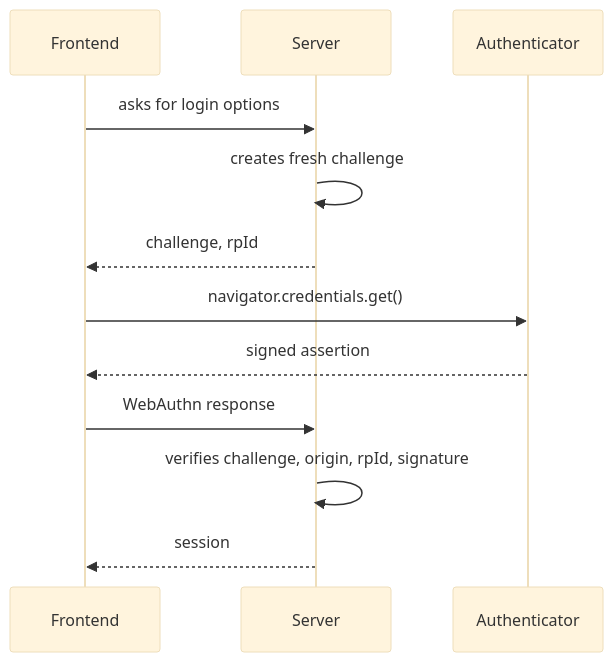
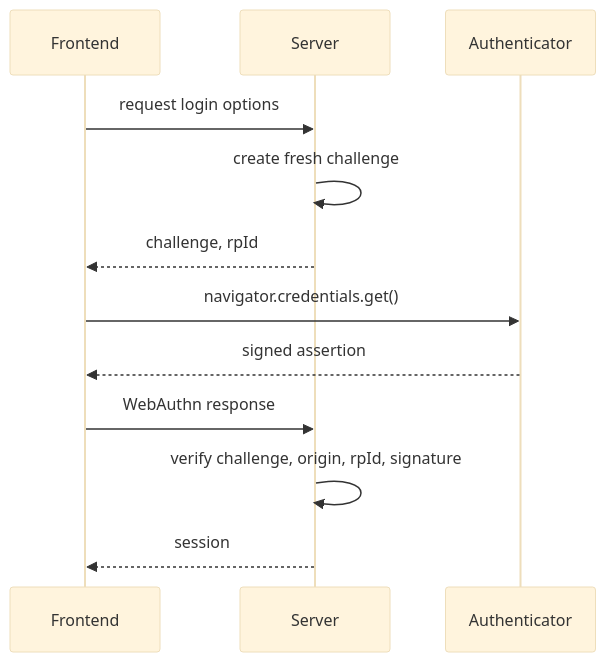
The second of 2 diagrams in passkey-slides/slides.md (Takeno/talks-passkey-intro), drawn with Mermaid (base theme) before and after one commit. The commit also changed other lines of this file, not shown here.

````diff
--- a/passkey-slides/slides.md
+++ b/passkey-slides/slides.md
@@ -318,15 +318,15 @@
 ```mermaid
 sequenceDiagram
   participant C as Frontend
   participant S as Server
   participant A as Authenticator
 
-  C->>S: asks for login options
-  S->>S: creates fresh challenge
+  C->>S: request login options
+  S->>S: create fresh challenge
   S-->>C: challenge, rpId
   C->>A: navigator.credentials.get()
   A-->>C: signed assertion
   C->>S: WebAuthn response
-  S->>S: verifies challenge, origin, rpId, signature
+  S->>S: verify challenge, origin, rpId, signature
   S-->>C: session
 ```
````
